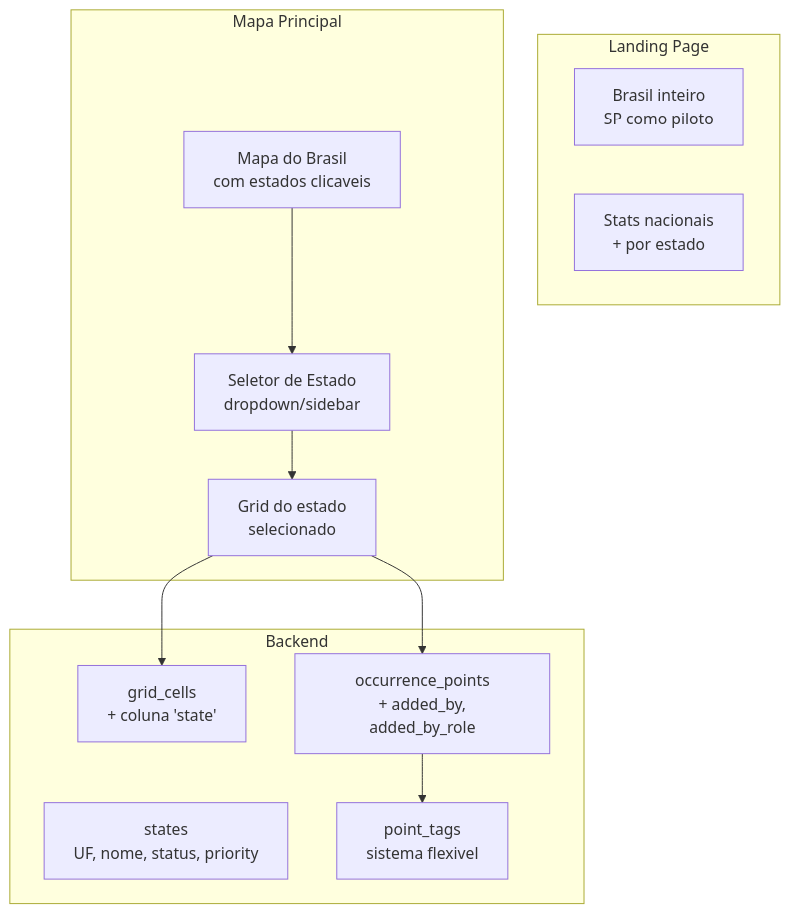
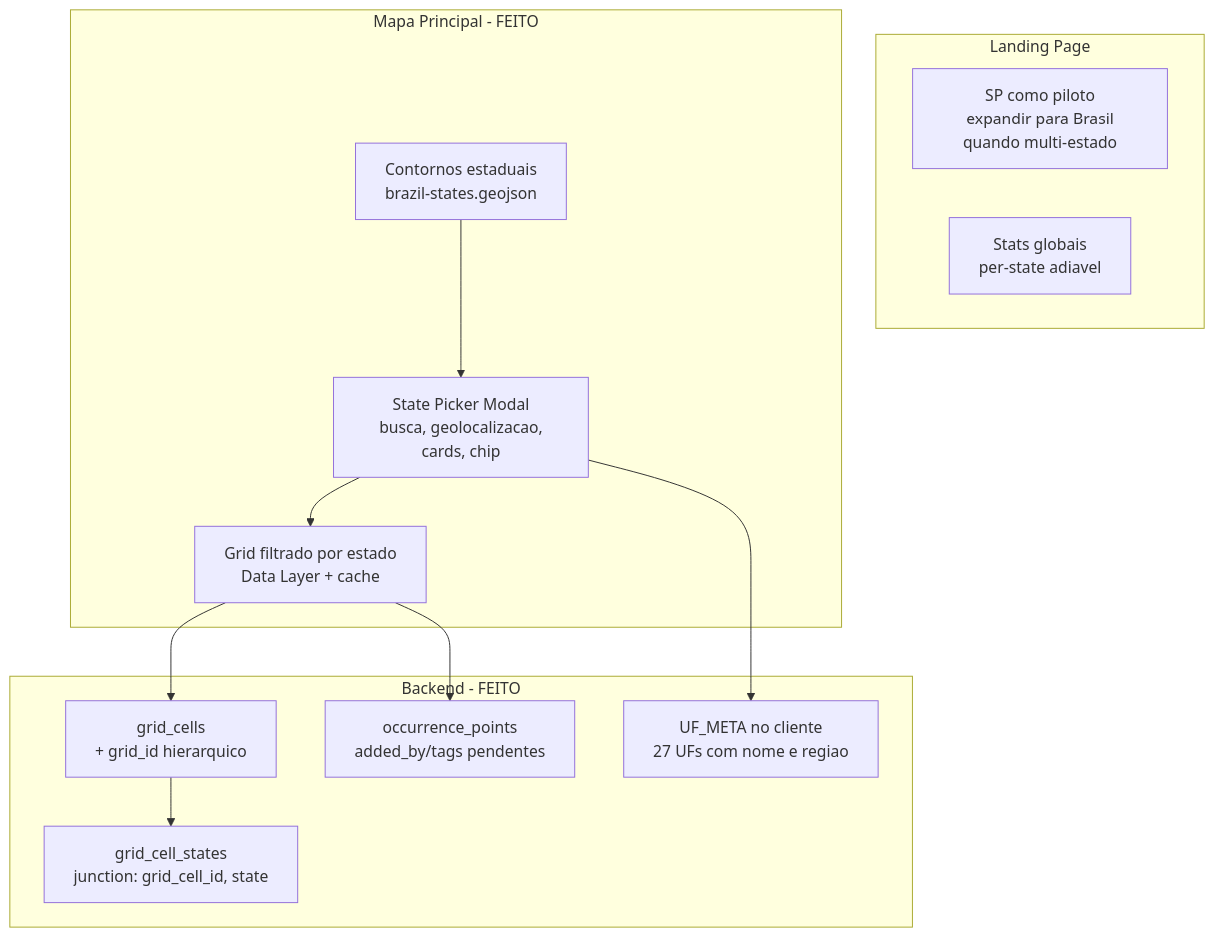
One commit to matheussiba/leucaena-earth-platform changed the first of 2 diagrams in plans/brazil_expansion_platform.plan.md. Above: the diagram before and after it, drawn with Mermaid. The commit also changed other lines of this file and 12 other files, not shown here.

First line of the commit message:
Brazil expansion: state picker, grid filtering, docs, and point provenance

````diff
--- a/plans/brazil_expansion_platform.plan.md
+++ b/plans/brazil_expansion_platform.plan.md
@@ -110,26 +108,27 @@
 ```mermaid
 flowchart TB
     subgraph landing [Landing Page]
-        Hero["Brasil inteiro\n SP como piloto"]
-        Stats["Stats nacionais\n + por estado"]
+        Hero["SP como piloto\n expandir para Brasil quando multi-estado"]
+        Stats["Stats globais\n per-state adiavel"]
     end
 
-    subgraph mapView [Mapa Principal]
-        BrazilMap["Mapa do Brasil\n com estados clicaveis"]
-        StateSelector["Seletor de Estado\n dropdown/sidebar"]
-        GridView["Grid do estado\n selecionado"]
+    subgraph mapView [Mapa Principal - FEITO]
+        BrazilOutlines["Contornos estaduais\n brazil-states.geojson"]
+        StatePicker["State Picker Modal\n busca, geolocalizacao, cards, chip"]
+        GridView["Grid filtrado por estado\n Data Layer + cache"]
     end
 
-    subgraph backend [Backend]
-        StatesTable["states\n UF, nome, status, priority"]
-        GridCells["grid_cells\n + coluna 'state'"]
-        Points["occurrence_points\n + added_by, added_by_role"]
-        PointTags["point_tags\n sistema flexivel"]
+    subgraph backend [Backend - FEITO]
+        GridCellStates["grid_cell_states\n junction: grid_cell_id, state"]
+        GridCells["grid_cells\n + grid_id hierarquico"]
+        Points["occurrence_points\n added_by/tags pendentes"]
+        UfMeta["UF_META no cliente\n 27 UFs com nome e regiao"]
     end
 
-    BrazilMap --> StateSelector
-    StateSelector --> GridView
+    BrazilOutlines --> StatePicker
+    StatePicker --> GridView
     GridView --> GridCells
+    GridCells --> GridCellStates
     GridView --> Points
-    Points --> PointTags
+    StatePicker --> UfMeta
 ```
````
